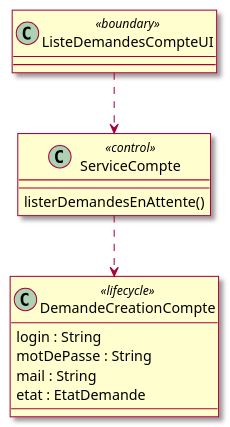
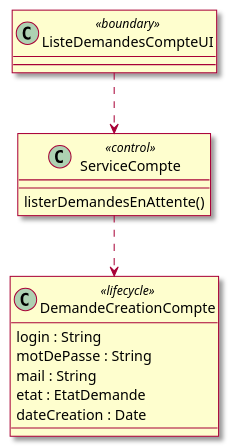
One commit to mrajaonson/glg204-room-management-system changed the fourth of 58 diagrams in docs/02-Analyse.md. Above: the diagram before and after it, drawn with PlantUML. The commit also changed other lines of this file and 3 other files, not shown here.

````diff
--- a/docs/02-Analyse.md
+++ b/docs/02-Analyse.md
@@ -230,22 +235,23 @@
 ```plantuml
 @startuml
 skin rose
 
 class ListeDemandesCompteUI <<boundary>> {}
 
 class ServiceCompte <<control>> {
   listerDemandesEnAttente()
 }
 
 class DemandeCreationCompte <<lifecycle>> {
   login : String
   motDePasse : String
   mail : String
   etat : EtatDemande
+  dateCreation : Date
 }
 
 ListeDemandesCompteUI ..> ServiceCompte
 ServiceCompte ..> DemandeCreationCompte
 
 @enduml
 ```
````
